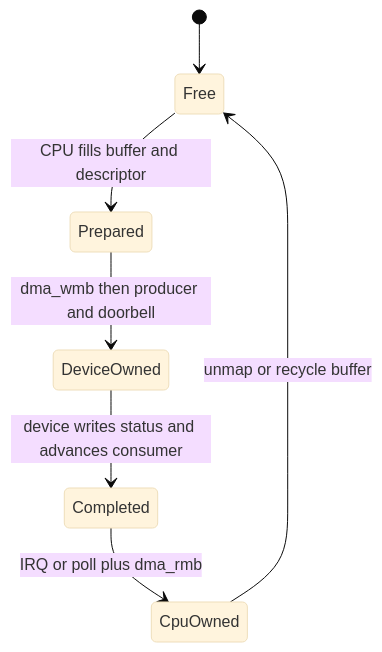
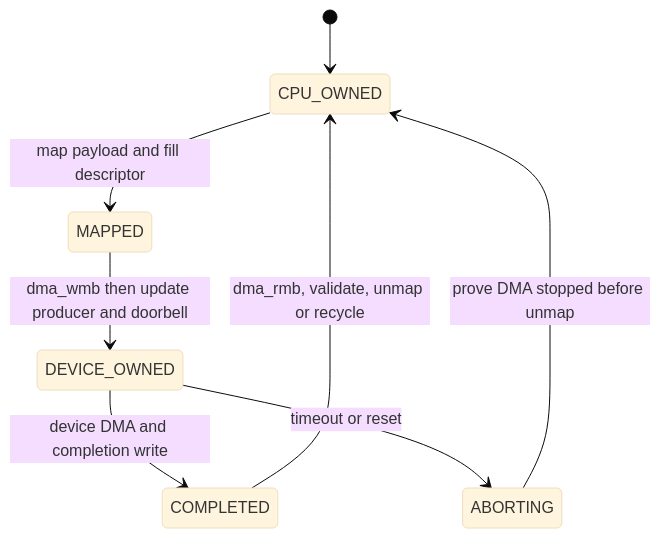
One commit to cdragon-ljl/EEandEdgeAI changed the second of 3 diagrams in docs/articles/pcie/pci-06-pcie-dma-data-movement.md. Above: the diagram before and after it, drawn with Mermaid (base theme). The commit also changed other lines of this file and 3 other files, not shown here.

````diff
--- a/docs/articles/pcie/pci-06-pcie-dma-data-movement.md
+++ b/docs/articles/pcie/pci-06-pcie-dma-data-movement.md
@@ -77,9 +108,10 @@
 ```mermaid
 stateDiagram-v2
-    [*] --> Free
-    Free --> Prepared: CPU fills buffer and descriptor
-    Prepared --> DeviceOwned: dma_wmb then producer and doorbell
-    DeviceOwned --> Completed: device writes status and advances consumer
-    Completed --> CpuOwned: IRQ or poll plus dma_rmb
-    CpuOwned --> Free: unmap or recycle buffer
+    [*] --> CPU_OWNED
+    CPU_OWNED --> MAPPED: map payload and fill descriptor
+    MAPPED --> DEVICE_OWNED: dma_wmb then update producer and doorbell
+    DEVICE_OWNED --> COMPLETED: device DMA and completion write
+    COMPLETED --> CPU_OWNED: dma_rmb, validate, unmap or recycle
+    DEVICE_OWNED --> ABORTING: timeout or reset
+    ABORTING --> CPU_OWNED: prove DMA stopped before unmap
 ```
````
